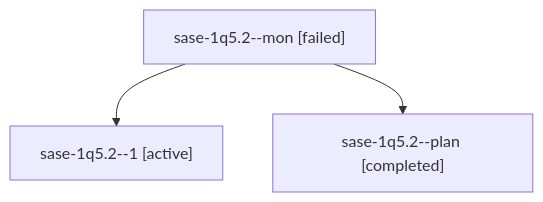
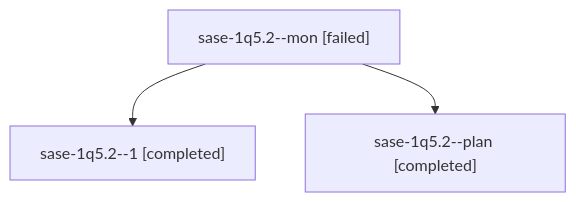
Before and after one commit to sase-org/sase--agents: the diagram in sessions/bbugyi200.athena.sase-1q5.2.md, drawn with Mermaid. The commit also changed other lines of this file and 30 other files, not shown here.

````diff
--- a/sessions/bbugyi200.athena.sase-1q5.2.md
+++ b/sessions/bbugyi200.athena.sase-1q5.2.md
@@ -9,8 +9,8 @@
 ```mermaid
 flowchart TD
   n0["sase-1q5.2--mon [failed]"]
-  n1["sase-1q5.2--1 [active]"]
+  n1["sase-1q5.2--1 [completed]"]
   n0 --> n1
   n2["sase-1q5.2--plan [completed]"]
   n0 --> n2
 ```
````
